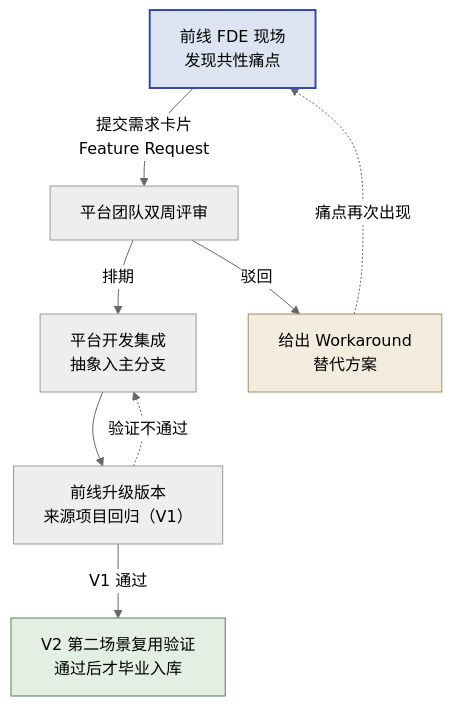
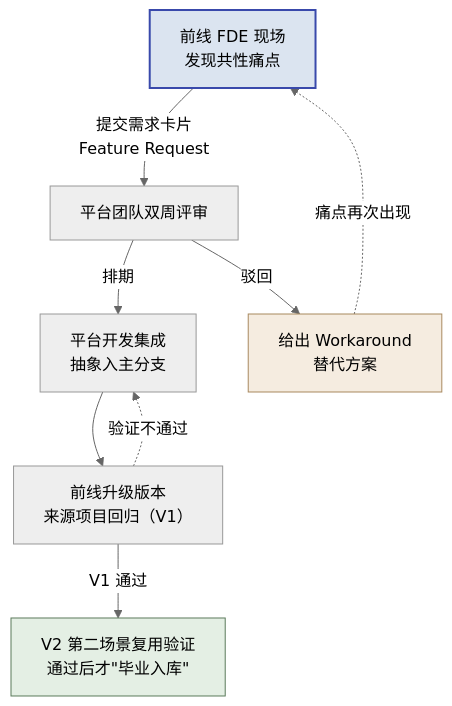
Before and after one commit to cloudzun/fde-course: the diagram in textbook/第11章_四阶段中的角色协作.md, drawn with Mermaid (neutral theme). The commit also changed other lines of this file and 25 other files, not shown here.

````diff
--- a/textbook/第11章_四阶段中的角色协作.md
+++ b/textbook/第11章_四阶段中的角色协作.md
@@ -88,14 +88,14 @@
 ```mermaid
 graph TD
     pain["前线 FDE 现场<br/>发现共性痛点"] -->|提交需求卡片<br/>Feature Request| review["平台团队双周评审"]
     review -->|排期| dev["平台开发集成<br/>抽象入主分支"]
     review -->|驳回| wa["给出 Workaround<br/>替代方案"]
     dev --> verify["前线升级版本<br/>来源项目回归（V1）"]
-    verify -->|V1 通过| done["V2 第二场景复用验证<br/>通过后才"毕业入库""]
+    verify -->|V1 通过| done["V2 第二场景复用验证<br/>通过后才&quot;毕业入库&quot;"]
     verify -.->|验证不通过| dev
     wa -.->|痛点再次出现| pain
 
     style pain fill:#dbe4f0,stroke:#3949ab,stroke-width:2px
     style wa fill:#f5ece0,stroke:#a8895f
     style done fill:#e4efe4,stroke:#5b7a5b
 ```
````
